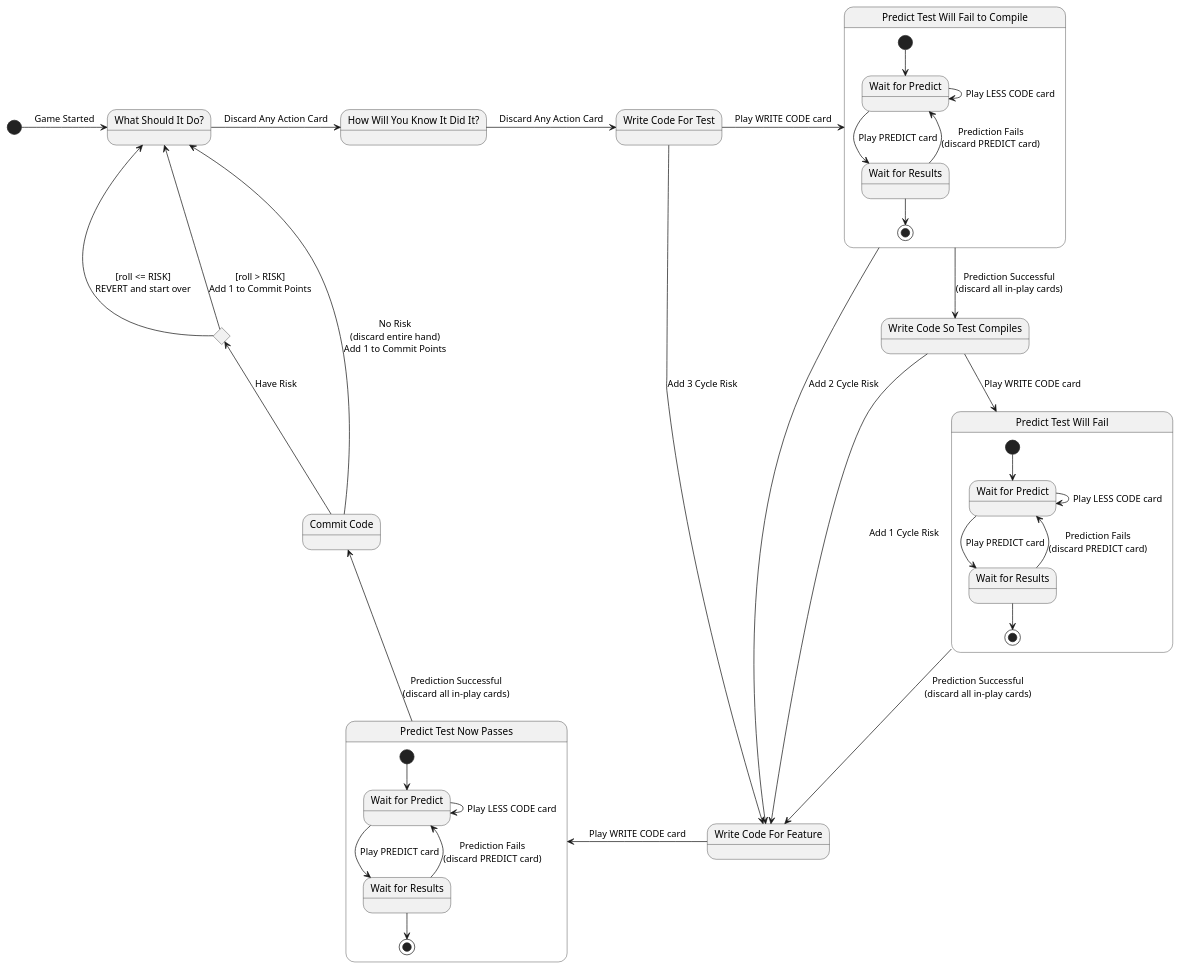
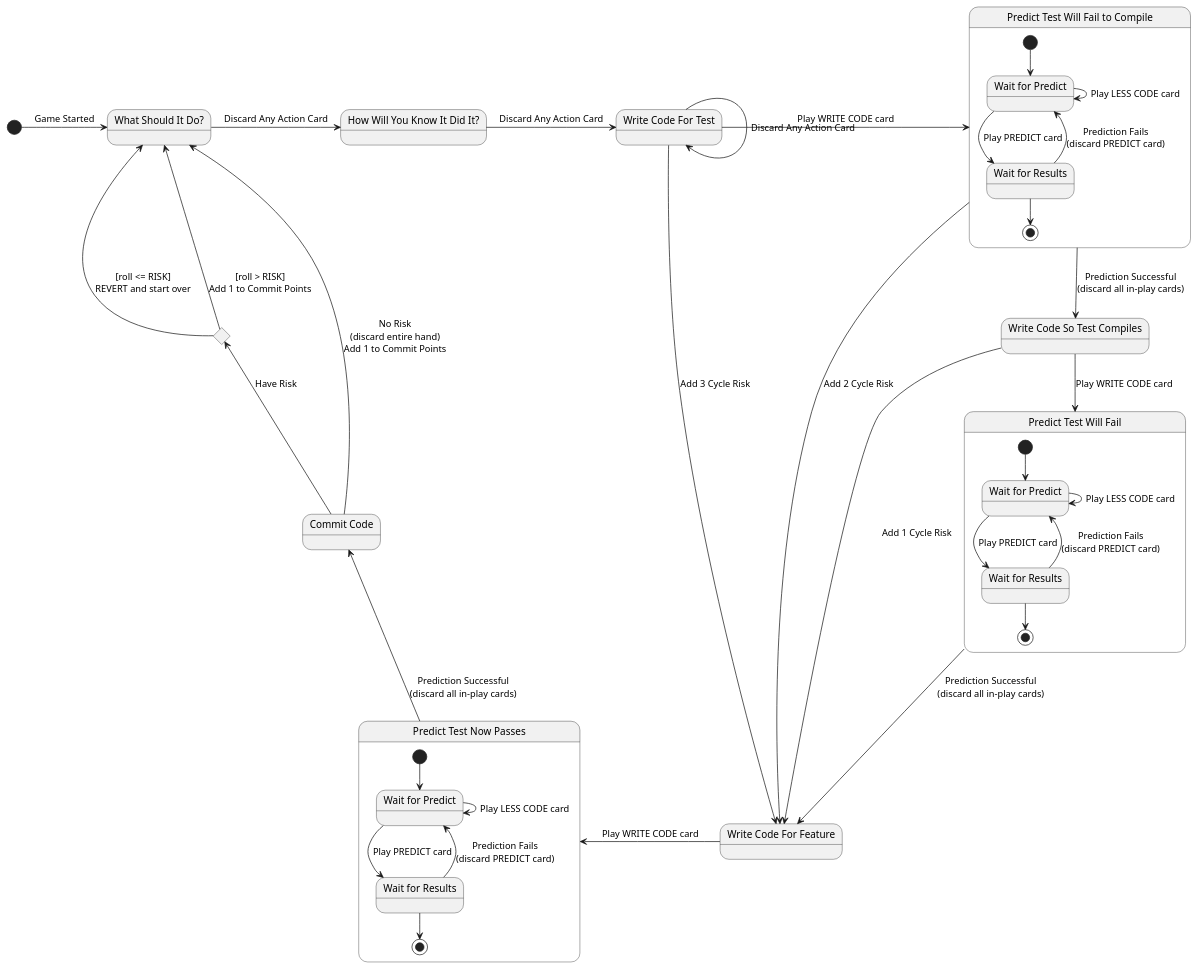
The diagram in diagrams-docs/board-state-machine.puml (jitterted/tdd-game), drawn with PlantUML before and after one commit. The commit also changed 6 other files, not shown here.

```diff
--- a/diagrams-docs/board-state-machine.puml
+++ b/diagrams-docs/board-state-machine.puml
@@ -1,75 +1,77 @@
 @startuml
 
 state "What Should It Do?" as what
 state "How Will You Know It Did It?" as how
 state "Write Code For Test" as for_test
 state "Predict Test Will Fail to Compile" as predict_fail_compile
 state "Write Code So Test Compiles" as test_compiles
 state "Predict Test Will Fail" as predict_test_fail
 state "Write Code For Feature" as for_feature
 state "Predict Test Now Passes" as predict_test_passes
 state "Commit Code" as commit_code
 
 [*] -r-> what : Game Started
 
 what -r-> how : Discard Any Action Card
 
 how -r-> for_test : Discard Any Action Card
 
 for_test -r-> predict_fail_compile : Play WRITE CODE card
+
+for_test -d-> for_test: Discard Any Action Card
 
 for_test --> for_feature : Add 3 Cycle Risk
 state predict_fail_compile {
     state "Wait for Predict" as WaitForPredict2
     state "Wait for Results" as WaitForTestResults2
     [*] --> WaitForPredict2
     WaitForPredict2 --> WaitForPredict2 : Play LESS CODE card
     WaitForPredict2 --> WaitForTestResults2 : Play PREDICT card
     WaitForTestResults2 --> WaitForPredict2 : Prediction Fails\n(discard PREDICT card)
     WaitForTestResults2 --> [*]
 
 }
 
 predict_fail_compile --> for_feature : Add 2 Cycle Risk
 predict_fail_compile --> test_compiles : Prediction Successful\n(discard all in-play cards)
 
 test_compiles --> for_feature : Add 1 Cycle Risk
 test_compiles --> predict_test_fail : Play WRITE CODE card
 
 state predict_test_fail {
     state "Wait for Predict" as WaitForPredict4
     state "Wait for Results" as WaitForTestResults4
     [*] --> WaitForPredict4
     WaitForPredict4 --> WaitForPredict4 : Play LESS CODE card
     WaitForPredict4 --> WaitForTestResults4 : Play PREDICT card
     WaitForTestResults4 --> WaitForPredict4 : Prediction Fails\n(discard PREDICT card)
     WaitForTestResults4 --> [*]
 
 }
 
 predict_test_fail --> for_feature : Prediction Successful\n(discard all in-play cards)
 
 for_feature -l-> predict_test_passes : Play WRITE CODE card
 
 state predict_test_passes {
     state "Wait for Predict" as WaitForPredict5
     state "Wait for Results" as WaitForTestResults5
     [*] --> WaitForPredict5
     WaitForPredict5 --> WaitForPredict5 : Play LESS CODE card
     WaitForPredict5 --> WaitForTestResults5 : Play PREDICT card
     WaitForTestResults5 --> WaitForPredict5 : Prediction Fails\n(discard PREDICT card)
     WaitForTestResults5 --> [*]
 }
     predict_test_passes -u-> commit_code : Prediction Successful\n(discard all in-play cards)
 
 state evaluate_risk <<choice>>
 
 commit_code -u-> what : No Risk\n(discard entire hand)\nAdd 1 to Commit Points
 commit_code -u-> evaluate_risk : Have Risk
 
 evaluate_risk -u-> what : [roll <= RISK]\nREVERT and start over
 evaluate_risk -u-> what : [roll > RISK]\nAdd 1 to Commit Points
 
 
 
 @enduml
```
